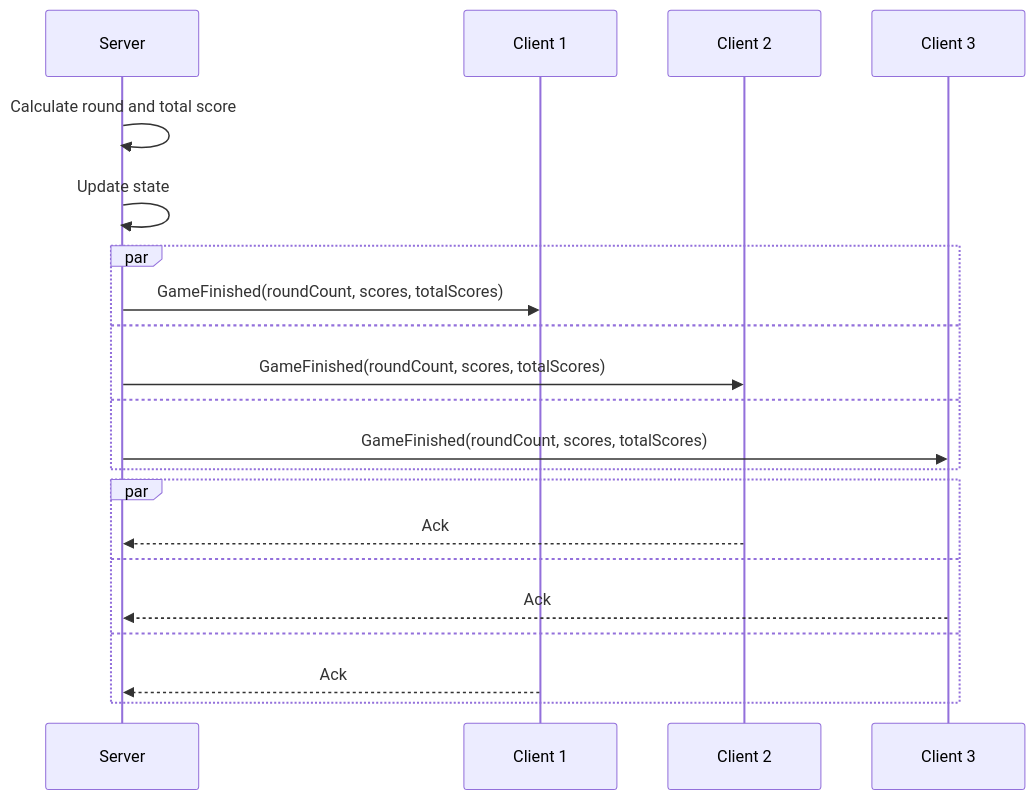
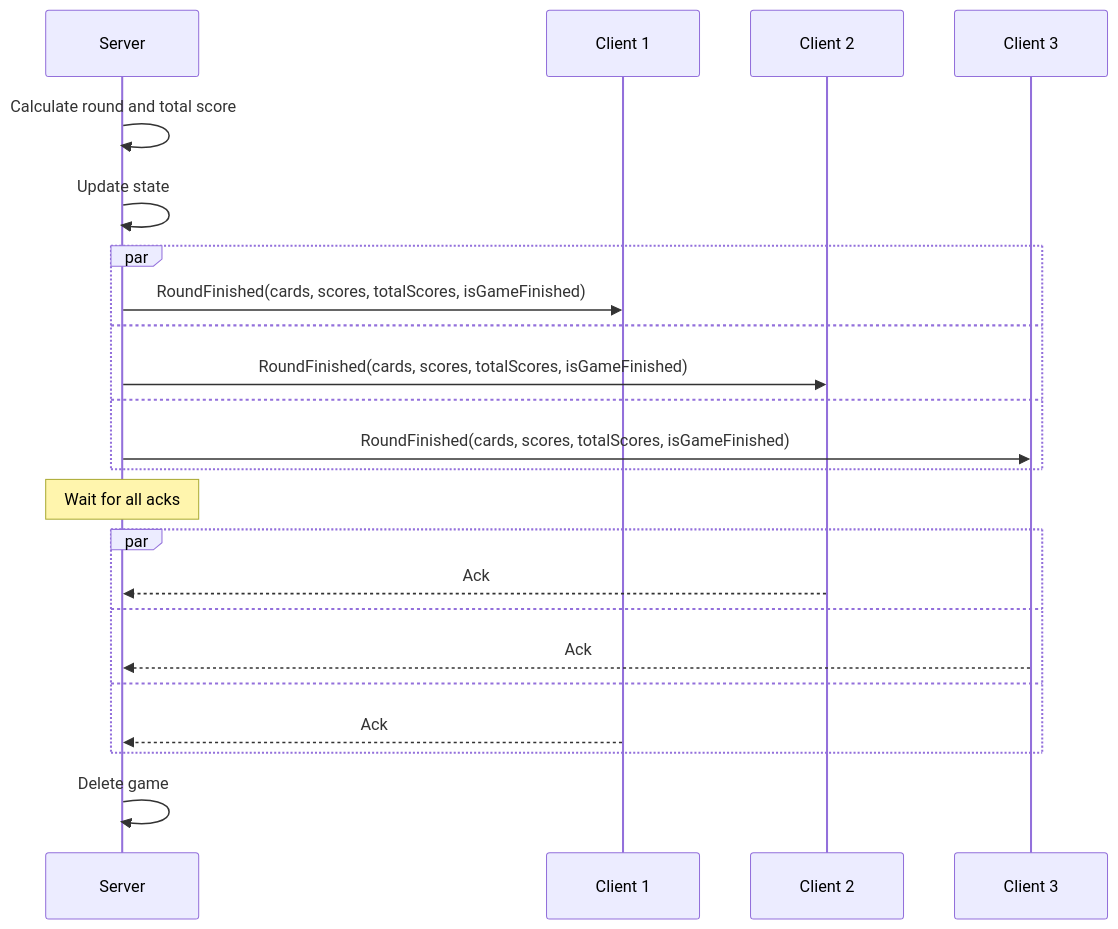
Before and after one commit to roman-zubarevich/another: diagram 15 of 15 in README.md, drawn with Mermaid. The commit also changed other lines of this file, not shown here.

````diff
--- a/README.md
+++ b/README.md
@@ -525,23 +485,25 @@
 ```mermaid
 sequenceDiagram
     participant S as Server
     participant C1 as Client 1
     participant C2 as Client 2
     participant C3 as Client 3
     S->>S: Calculate round and total score
     S->>S: Update state
     par
-        S->>C1: GameFinished(roundCount, scores, totalScores)
+        S->>C1: RoundFinished(cards, scores, totalScores, isGameFinished)
     and
-        S->>C2: GameFinished(roundCount, scores, totalScores)
+        S->>C2: RoundFinished(cards, scores, totalScores, isGameFinished)
     and
-        S->>C3: GameFinished(roundCount, scores, totalScores)
+        S->>C3: RoundFinished(cards, scores, totalScores, isGameFinished)
     end
+    Note over S: Wait for all acks
     par
         C2-->>S: Ack
     and
         C3-->>S: Ack
     and
         C1-->>S: Ack
     end
+    S->>S: Delete game
 ```
````
